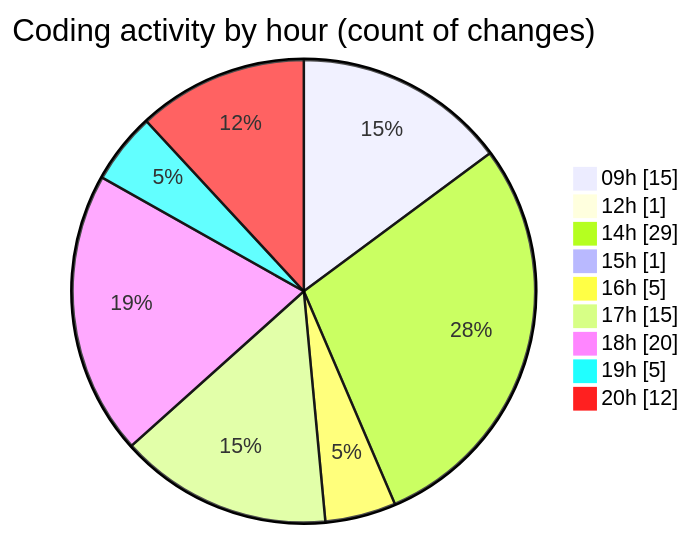
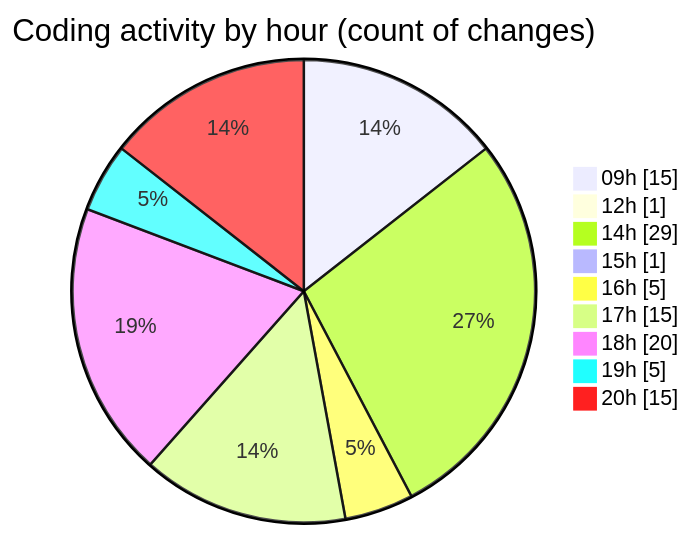
One commit to momahboobian/code-tracking changed the second of 2 diagrams in 2026-09-08/cda/README.md. Above: the diagram before and after it, drawn with Mermaid. The commit also changed other lines of this file and 1 other file, not shown here.

````diff
--- a/2026-09-08/cda/README.md
+++ b/2026-09-08/cda/README.md
@@ -64,13 +66,13 @@
 ```mermaid
 pie showData
 title Coding activity by hour (count of changes)
 "09h" : 15
 "12h" : 1
 "14h" : 29
 "15h" : 1
 "16h" : 5
 "17h" : 15
 "18h" : 20
 "19h" : 5
-"20h" : 12
+"20h" : 15
 ```
````
